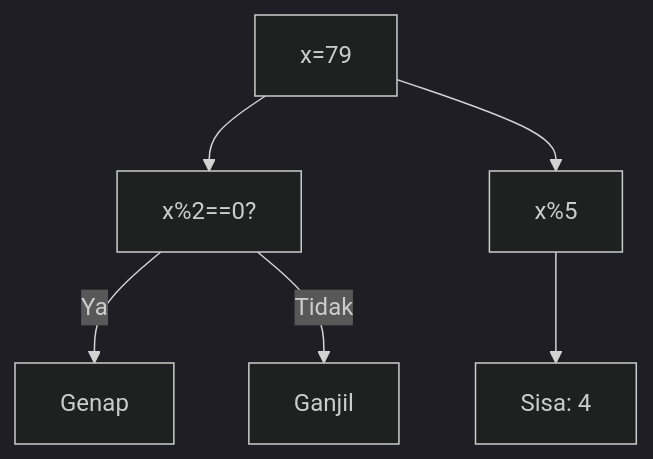
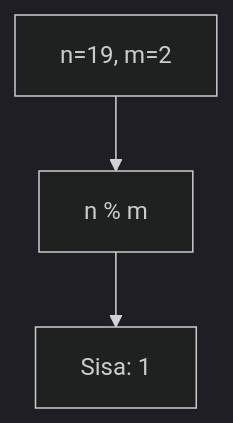
Before and after one commit to amnahwaida/OSNK_INF_PREP: the tenth of 25 diagrams in part-c-pemahaman-cpp/01-tipe-data/latihan/set-12.md, drawn with Mermaid (dark theme). The commit also changed other lines of this file and 71 other files, not shown here.

````diff
--- a/part-c-pemahaman-cpp/01-tipe-data/latihan/set-12.md
+++ b/part-c-pemahaman-cpp/01-tipe-data/latihan/set-12.md
@@ -214,8 +267,5 @@
 ```mermaid
 graph TD
-A["x=79"] --> B["x%2==0?"]
-B -- Ya --> C["Genap"]
-B -- Tidak --> D["Ganjil"]
-A --> E["x%5"]
-E --> F["Sisa: 4"]
+A["n=19, m=2"] --> B["n % m"]
+B --> C["Sisa: 1"]
 ```
````
